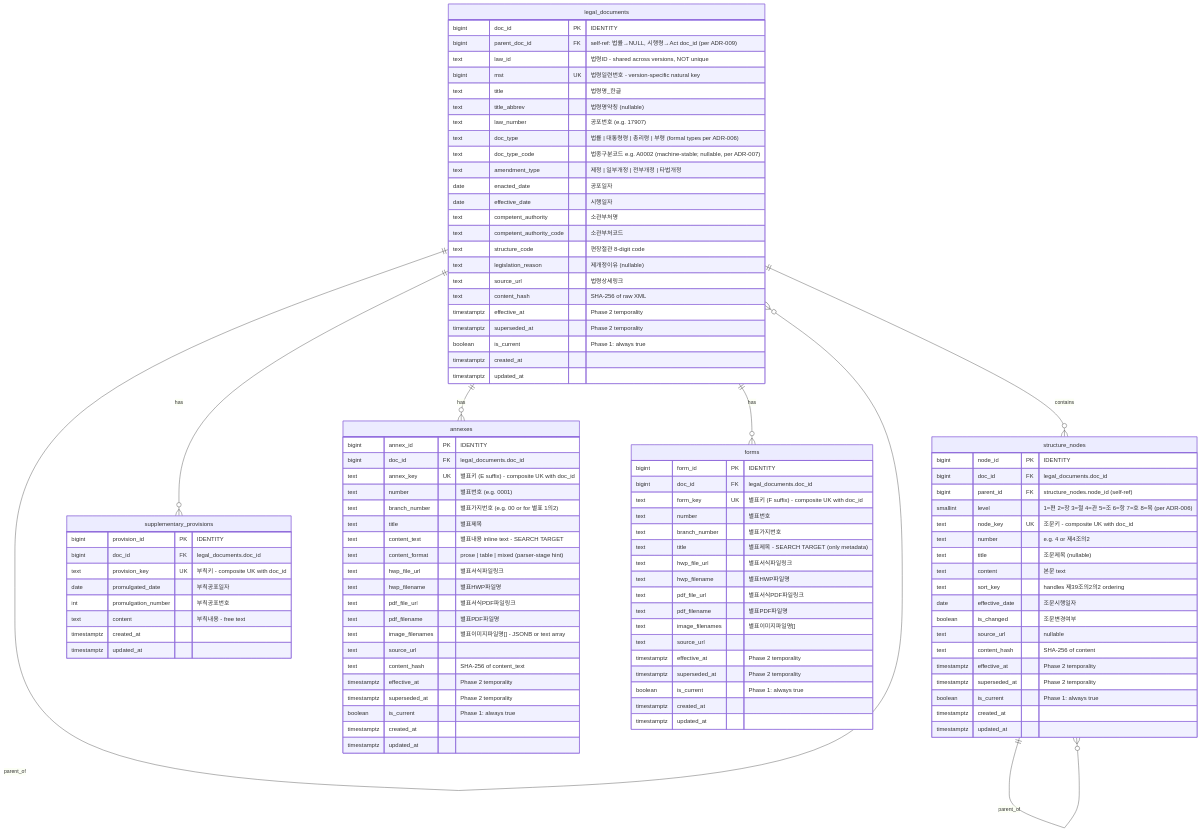
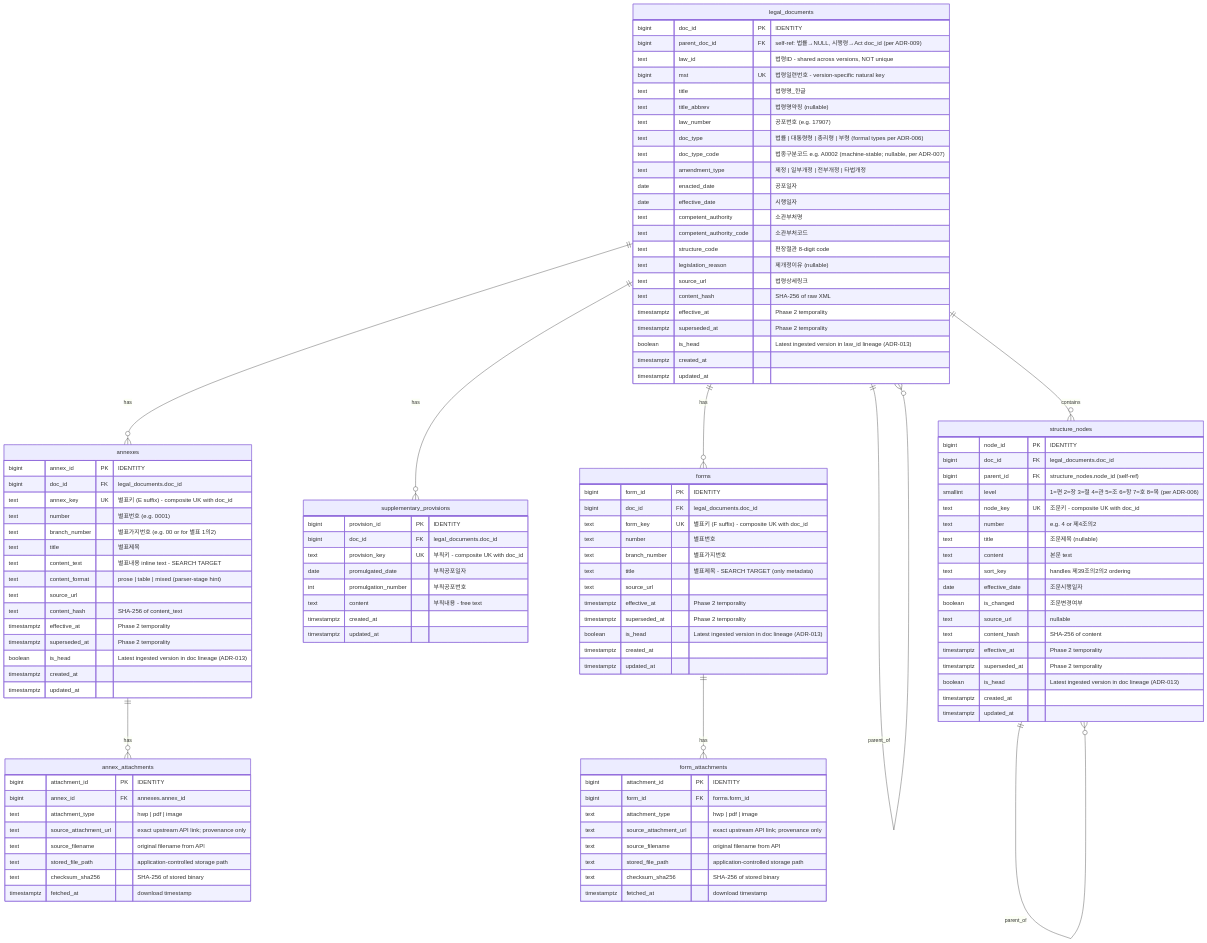
Before and after one commit to seheon99/korean-legal-retrieval-engine: the diagram in docs/legal-erd-draft.md, drawn with Mermaid. The commit also changed other lines of this file and 5 other files, not shown here.

Commit message:
docs(adr): record amendment and attachment decisions

````diff
--- a/docs/legal-erd-draft.md
+++ b/docs/legal-erd-draft.md
@@ -26,6 +27,8 @@
     legal_documents ||--o{ forms : has
     legal_documents ||--o{ legal_documents : parent_of
     structure_nodes ||--o{ structure_nodes : parent_of
+    annexes ||--o{ annex_attachments : has
+    forms ||--o{ form_attachments : has
 
     legal_documents {
         bigint doc_id PK "IDENTITY"
@@ -48,7 +51,7 @@
         text content_hash "SHA-256 of raw XML"
         timestamptz effective_at "Phase 2 temporality"
         timestamptz superseded_at "Phase 2 temporality"
-        boolean is_current "Phase 1: always true"
+        boolean is_head "Latest ingested version in law_id lineage (ADR-013)"
         timestamptz created_at
         timestamptz updated_at
     }
@@ -69,7 +72,7 @@
         text content_hash "SHA-256 of content"
         timestamptz effective_at "Phase 2 temporality"
         timestamptz superseded_at "Phase 2 temporality"
-        boolean is_current "Phase 1: always true"
+        boolean is_head "Latest ingested version in doc lineage (ADR-013)"
         timestamptz created_at
         timestamptz updated_at
     }
@@ -94,18 +97,24 @@
         text title "별표제목"
         text content_text "별표내용 inline text - SEARCH TARGET"
         text content_format "prose | table | mixed (parser-stage hint)"
-        text hwp_file_url "별표서식파일링크"
-        text hwp_filename "별표HWP파일명"
-        text pdf_file_url "별표서식PDF파일링크"
-        text pdf_filename "별표PDF파일명"
-        text image_filenames "별표이미지파일명[] - JSONB or text array"
         text source_url
         text content_hash "SHA-256 of content_text"
         timestamptz effective_at "Phase 2 temporality"
         timestamptz superseded_at "Phase 2 temporality"
-        boolean is_current "Phase 1: always true"
+        boolean is_head "Latest ingested version in doc lineage (ADR-013)"
         timestamptz created_at
         timestamptz updated_at
+    }
+
+    annex_attachments {
+        bigint attachment_id PK "IDENTITY"
+        bigint annex_id FK "annexes.annex_id"
+        text attachment_type "hwp | pdf | image"
+        text source_attachment_url "exact upstream API link; provenance only"
+        text source_filename "original filename from API"
+        text stored_file_path "application-controlled storage path"
+        text checksum_sha256 "SHA-256 of stored binary"
+        timestamptz fetched_at "download timestamp"
     }
 
     forms {
@@ -115,16 +124,22 @@
         text number "별표번호"
         text branch_number "별표가지번호"
         text title "별표제목 - SEARCH TARGET (only metadata)"
-        text hwp_file_url "별표서식파일링크"
-        text hwp_filename "별표HWP파일명"
-        text pdf_file_url "별표서식PDF파일링크"
-        text pdf_filename "별표PDF파일명"
-        text image_filenames "별표이미지파일명[]"
         text source_url
         timestamptz effective_at "Phase 2 temporality"
         timestamptz superseded_at "Phase 2 temporality"
-        boolean is_current "Phase 1: always true"
+        boolean is_head "Latest ingested version in doc lineage (ADR-013)"
         timestamptz created_at
         timestamptz updated_at
     }
+
+    form_attachments {
+        bigint attachment_id PK "IDENTITY"
+        bigint form_id FK "forms.form_id"
+        text attachment_type "hwp | pdf | image"
+        text source_attachment_url "exact upstream API link; provenance only"
+        text source_filename "original filename from API"
+        text stored_file_path "application-controlled storage path"
+        text checksum_sha256 "SHA-256 of stored binary"
+        timestamptz fetched_at "download timestamp"
+    }
 ```
````
